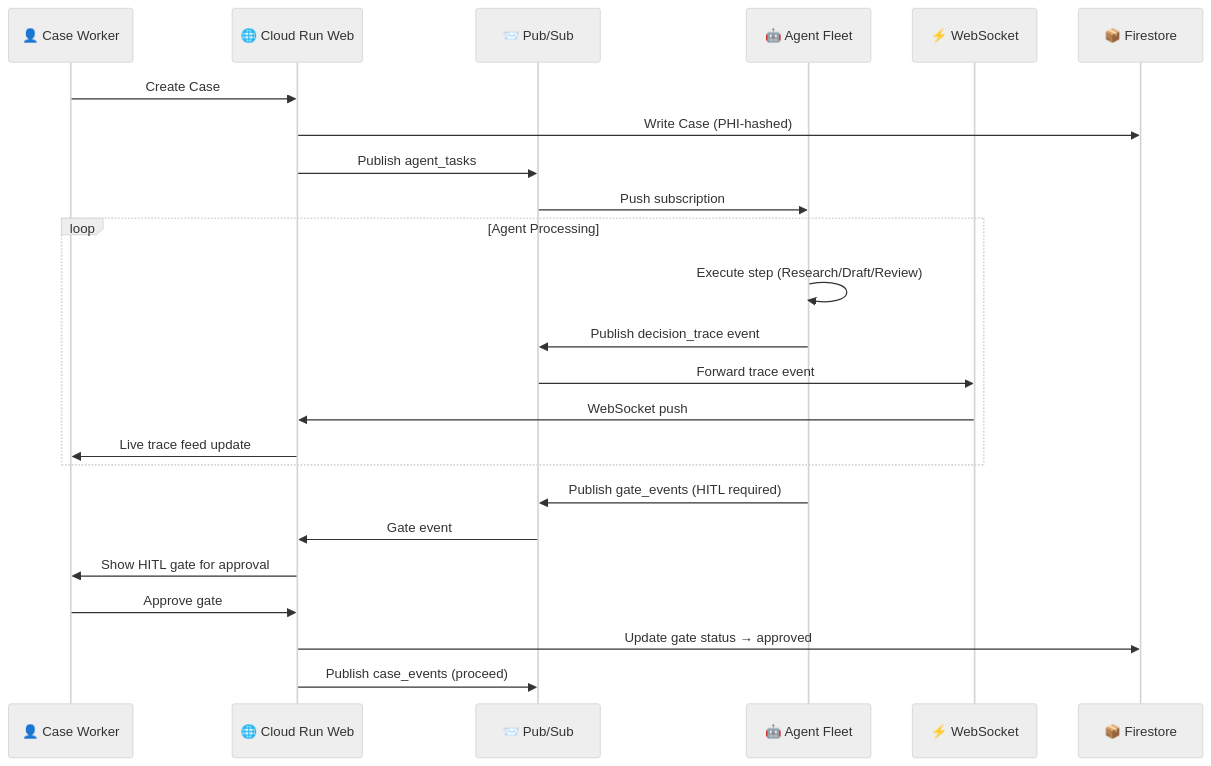
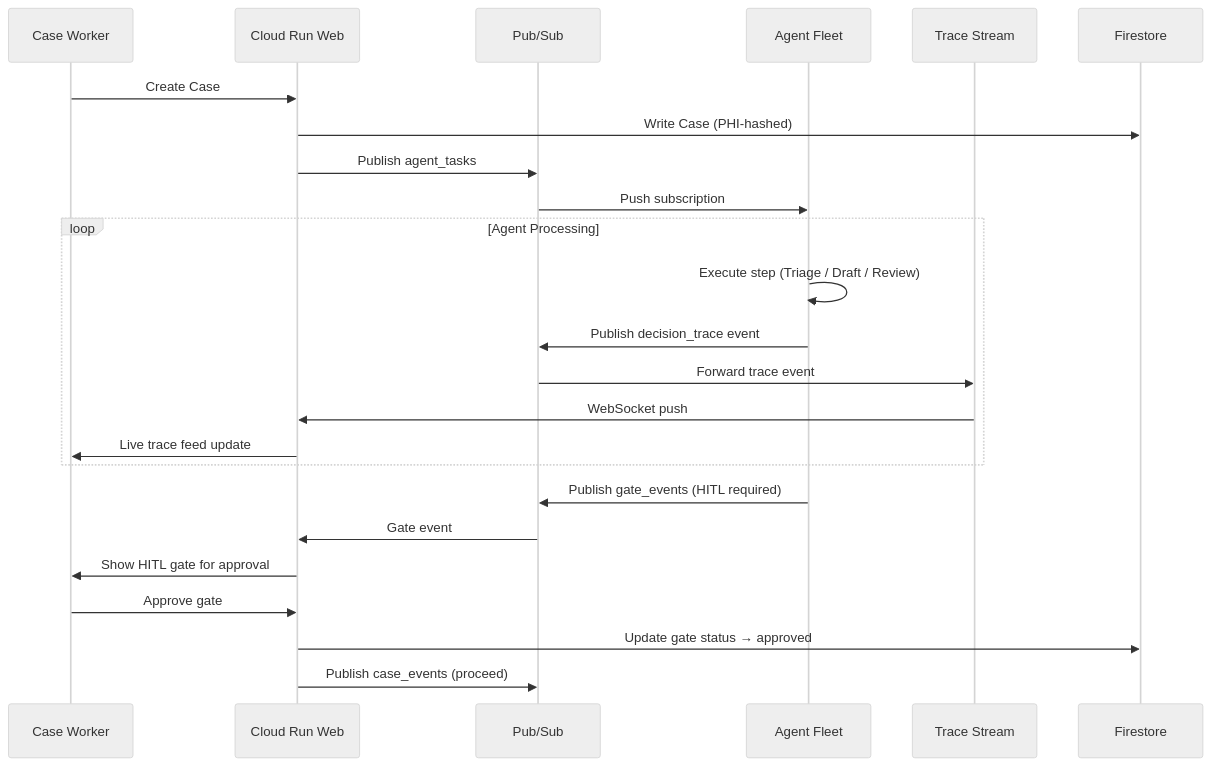
Before and after one commit to sodiq-code/denialdefender: the fourth of 4 diagrams in infra/gcp/architecture-diagram.md, drawn with Mermaid (neutral theme). The commit also changed other lines of this file and 101 other files, not shown here.

First line of the commit message:
Merge pipeline fixes + README updates (GCP-only Getting Started, service links, architecture diagram)

````diff
--- a/infra/gcp/architecture-diagram.md
+++ b/infra/gcp/architecture-diagram.md
@@ -177,30 +177,30 @@
 ```mermaid
 sequenceDiagram
-    participant User as 👤 Case Worker
-    participant Web as 🌐 Cloud Run Web
-    participant PS as 📨 Pub/Sub
-    participant Agent as 🤖 Agent Fleet
-    participant WS as ⚡ WebSocket
-    participant FS as 📦 Firestore
+    participant User as Case Worker
+    participant Web as Cloud Run Web
+    participant PS as Pub/Sub
+    participant Agent as Agent Fleet
+    participant TS as Trace Stream
+    participant FS as Firestore
 
     User->>Web: Create Case
     Web->>FS: Write Case (PHI-hashed)
     Web->>PS: Publish agent_tasks
     PS->>Agent: Push subscription
 
     loop Agent Processing
-        Agent->>Agent: Execute step (Research/Draft/Review)
+        Agent->>Agent: Execute step (Triage / Draft / Review)
         Agent->>PS: Publish decision_trace event
-        PS->>WS: Forward trace event
-        WS->>Web: WebSocket push
+        PS->>TS: Forward trace event
+        TS->>Web: WebSocket push
         Web->>User: Live trace feed update
     end
 
     Agent->>PS: Publish gate_events (HITL required)
     PS->>Web: Gate event
     Web->>User: Show HITL gate for approval
 
     User->>Web: Approve gate
     Web->>FS: Update gate status → approved
     Web->>PS: Publish case_events (proceed)
 ```
````
